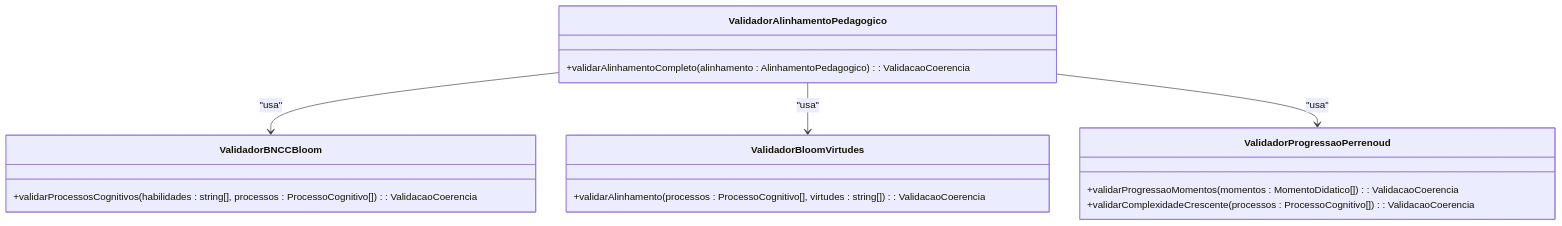
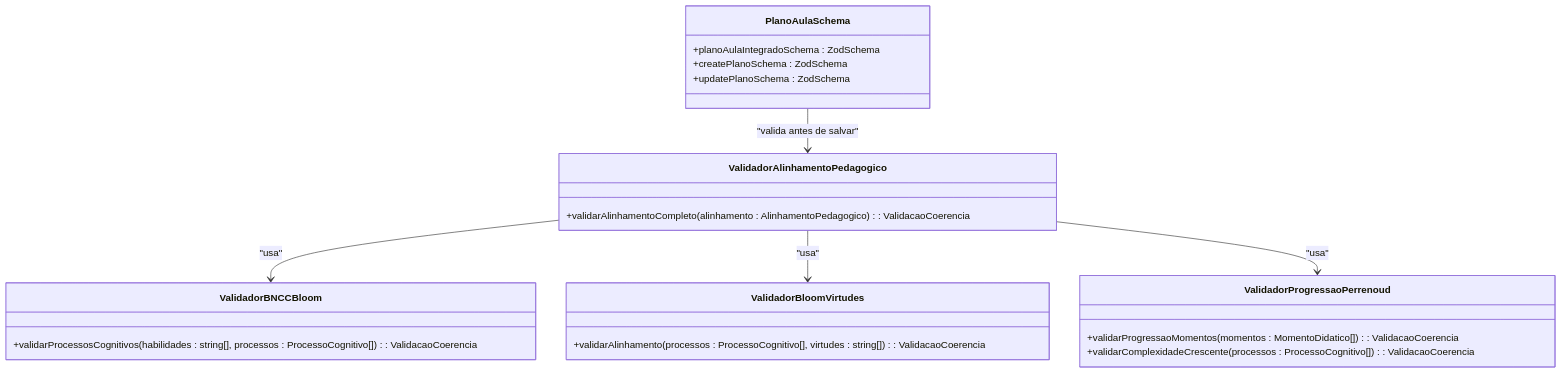
One commit to jordansmedeiros/virtuquest changed the second of 8 diagrams in .qoder/repowiki/pt/content/Validadores Pedagógicos.md. Above: the diagram before and after it, drawn with Mermaid. The commit also changed other lines of this file and 9 other files, not shown here.

````diff
--- a/.qoder/repowiki/pt/content/Validadores Pedagógicos.md
+++ b/.qoder/repowiki/pt/content/Validadores Pedagógicos.md
@@ -84,19 +130,25 @@
 ```mermaid
 classDiagram
 class ValidadorAlinhamentoPedagogico {
 +validarAlinhamentoCompleto(alinhamento : AlinhamentoPedagogico) : ValidacaoCoerencia
 }
 class ValidadorBNCCBloom {
 +validarProcessosCognitivos(habilidades : string[], processos : ProcessoCognitivo[]) : ValidacaoCoerencia
 }
 class ValidadorBloomVirtudes {
 +validarAlinhamento(processos : ProcessoCognitivo[], virtudes : string[]) : ValidacaoCoerencia
 }
 class ValidadorProgressaoPerrenoud {
 +validarProgressaoMomentos(momentos : MomentoDidatico[]) : ValidacaoCoerencia
 +validarComplexidadeCrescente(processos : ProcessoCognitivo[]) : ValidacaoCoerencia
 }
+class PlanoAulaSchema {
++planoAulaIntegradoSchema : ZodSchema
++createPlanoSchema : ZodSchema
++updatePlanoSchema : ZodSchema
+}
 ValidadorAlinhamentoPedagogico --> ValidadorBNCCBloom : "usa"
 ValidadorAlinhamentoPedagogico --> ValidadorBloomVirtudes : "usa"
 ValidadorAlinhamentoPedagogico --> ValidadorProgressaoPerrenoud : "usa"
+PlanoAulaSchema --> ValidadorAlinhamentoPedagogico : "valida antes de salvar"
 ```
````
